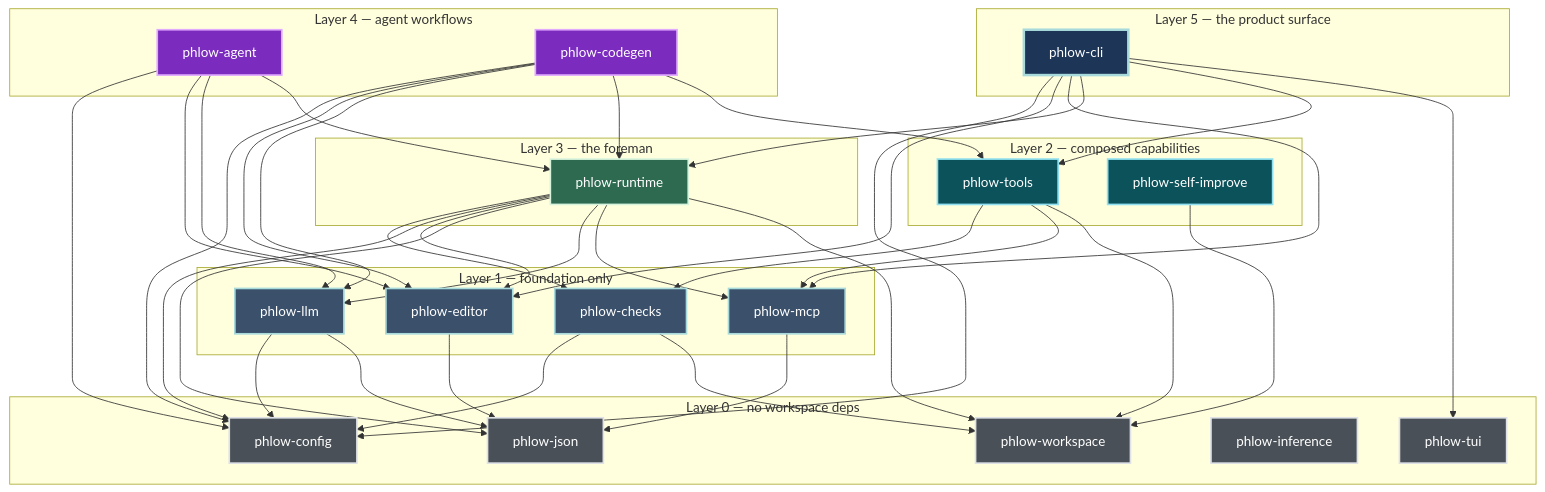
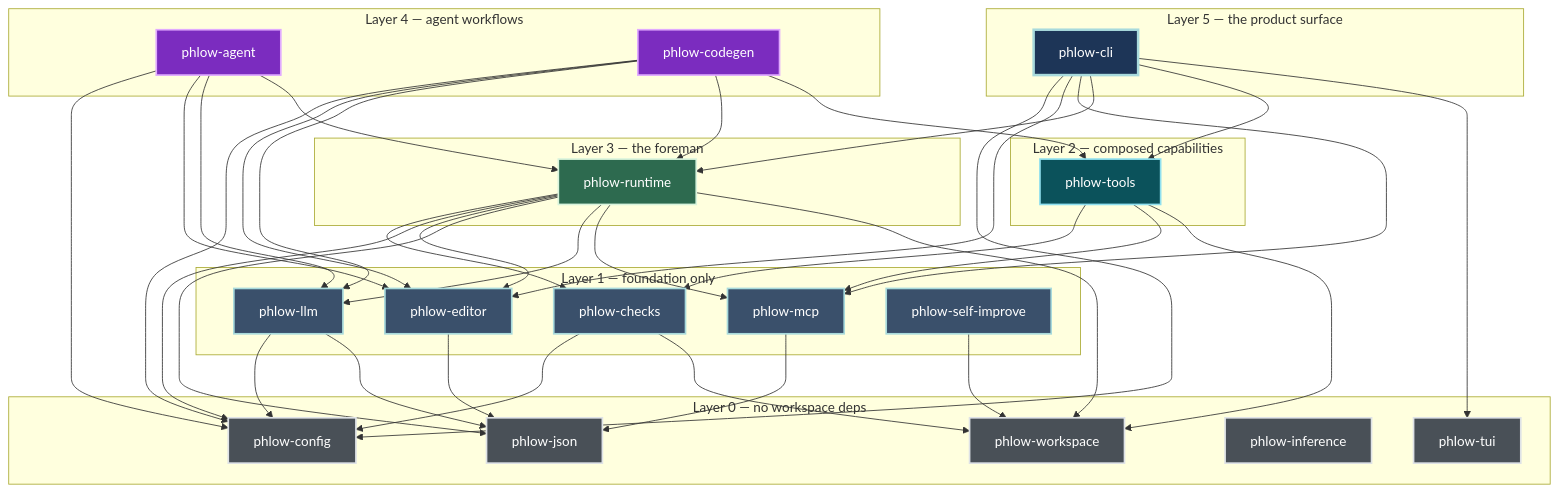
The second of 5 diagrams in docs/ARCHITECTURE.md (qompassai/phlow), drawn with Mermaid before and after one commit. The commit also changed other lines of this file, not shown here.

Commit message:
docs: validate ARCHITECTURE.md diagrams (mermaid + tree-truth)

```diff
--- a/docs/ARCHITECTURE.md
+++ b/docs/ARCHITECTURE.md
@@ -158,11 +158,11 @@
         llm["phlow-llm"]
         mcp["phlow-mcp"]
         edt["phlow-editor"]
+        sim["phlow-self-improve"]
     end
 
     subgraph L2["Layer 2 — composed capabilities"]
         tls["phlow-tools"]
-        sim["phlow-self-improve"]
     end
 
     subgraph L3["Layer 3 — the foreman"]
@@ -216,8 +216,8 @@
     cli --> tui
 
     class cfg,jsn,wsp,inf,tui l0
-    class chk,llm,mcp,edt l1
-    class tls,sim l2
+    class chk,llm,mcp,edt,sim l1
+    class tls l2
     class rt l3
     class agt,cgen l4
     class cli l5
```
